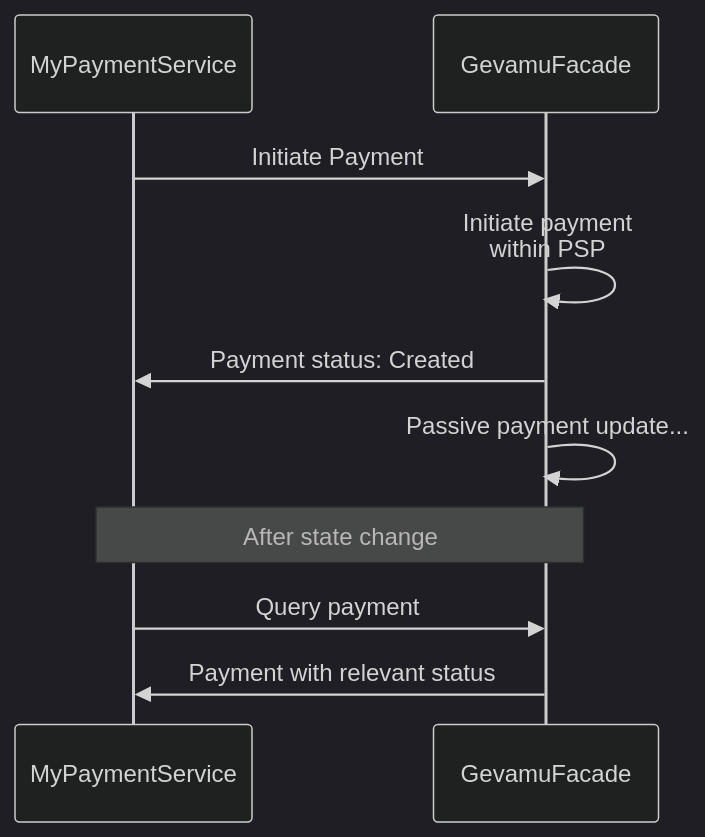
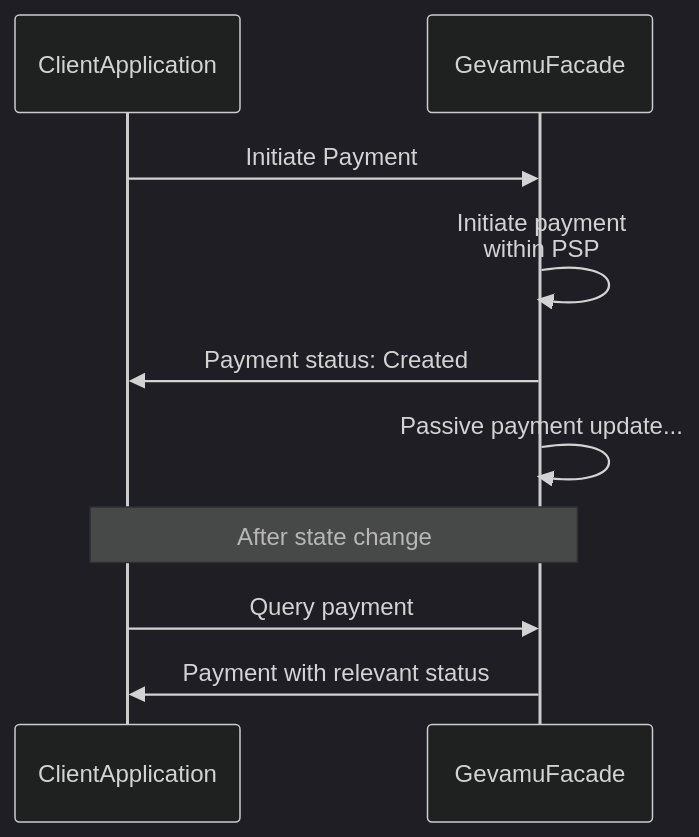
One commit to gevamu/gevamu.github.io changed the second of 3 diagrams in content/4.examples/send-payment.md. Above: the diagram before and after it, drawn with Mermaid (dark theme). The commit also changed other lines of this file, not shown here.

````diff
--- a/content/4.examples/send-payment.md
+++ b/content/4.examples/send-payment.md
@@ -59,15 +59,15 @@
 ```mermaid
 
 sequenceDiagram
-  participant CA as MyPaymentService
+  participant CA as ClientApplication
   participant PCD as GevamuFacade
 
   CA->>PCD: Initiate Payment
   PCD->>PCD: Initiate payment <br/> within PSP
   PCD->>CA: Payment status: Created
   PCD->>PCD: Passive payment update...
   Note over CA,PCD: After state change
   CA->>PCD: Query payment
   PCD->>CA: Payment with relevant status
 
 ```
````
